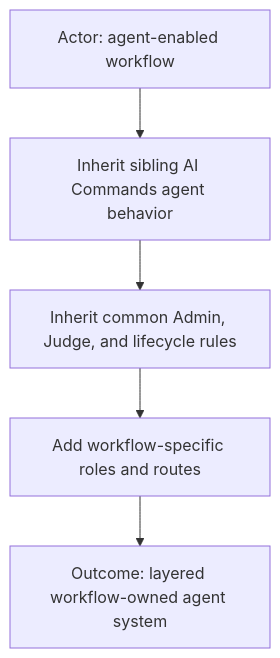
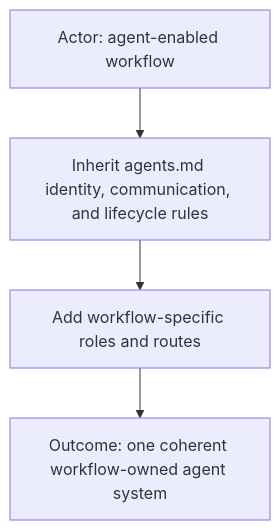
The sixth of 7 diagrams in README.md (starodubtsevconsulting/ai-workflows), drawn with Mermaid before and after one commit. The commit also changed other lines of this file and 2 other files, not shown here.

Commit message:
Consolidate workflow agent contracts

````diff
--- a/README.md
+++ b/README.md
@@ -86,8 +86,7 @@
 ```mermaid
 flowchart TD
   Actor["Actor: agent-enabled workflow"]
-  Actor --> Commands["Inherit sibling AI Commands agent behavior"]
-  Commands --> Common["Inherit common Admin, Judge, and lifecycle rules"]
+  Actor --> Common["Inherit agents.md identity, communication, and lifecycle rules"]
   Common --> Specific["Add workflow-specific roles and routes"]
-  Specific --> Outcome["Outcome: layered workflow-owned agent system"]
+  Specific --> Outcome["Outcome: one coherent workflow-owned agent system"]
 ```
````
